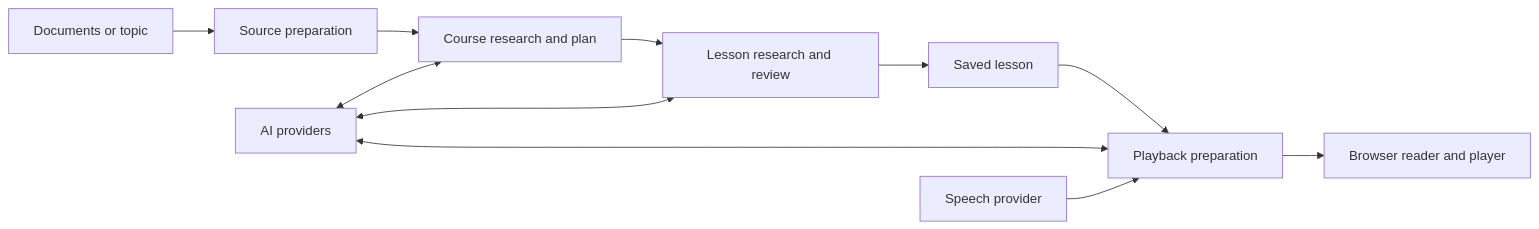
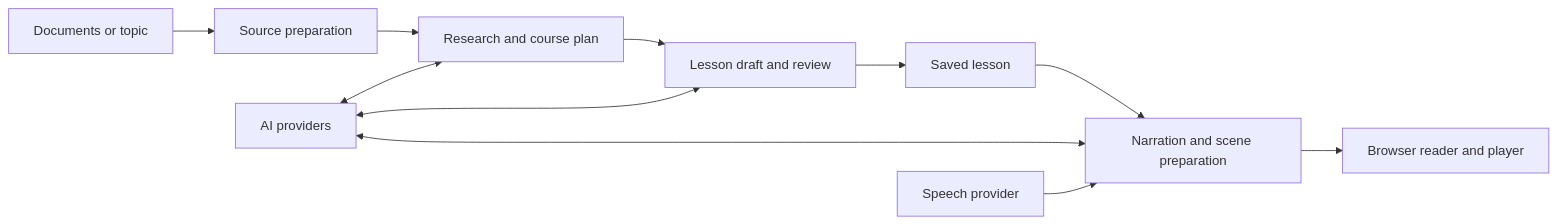
The diagram in .cubic/wiki/01-section-overview/01-p-overview.md (immagiov4/Nous), drawn with Mermaid before and after one commit. The commit also changed other lines of this file and 33 other files, not shown here.

````diff
--- a/.cubic/wiki/01-section-overview/01-p-overview.md
+++ b/.cubic/wiki/01-section-overview/01-p-overview.md
@@ -12,13 +12,13 @@
 ```mermaid
 flowchart LR
     S[Documents or topic] --> I[Source preparation]
-    I --> C[Course research and plan]
-    C --> L[Lesson research and review]
+    I --> C[Research and course plan]
+    C --> L[Lesson draft and review]
     L --> P[Saved lesson]
-    P --> B[Playback preparation]
+    P --> B[Narration and scene preparation]
     B --> R[Browser reader and player]
     A[AI providers] <--> C
     A <--> L
     A <--> B
     T[Speech provider] --> B
 ```
````
